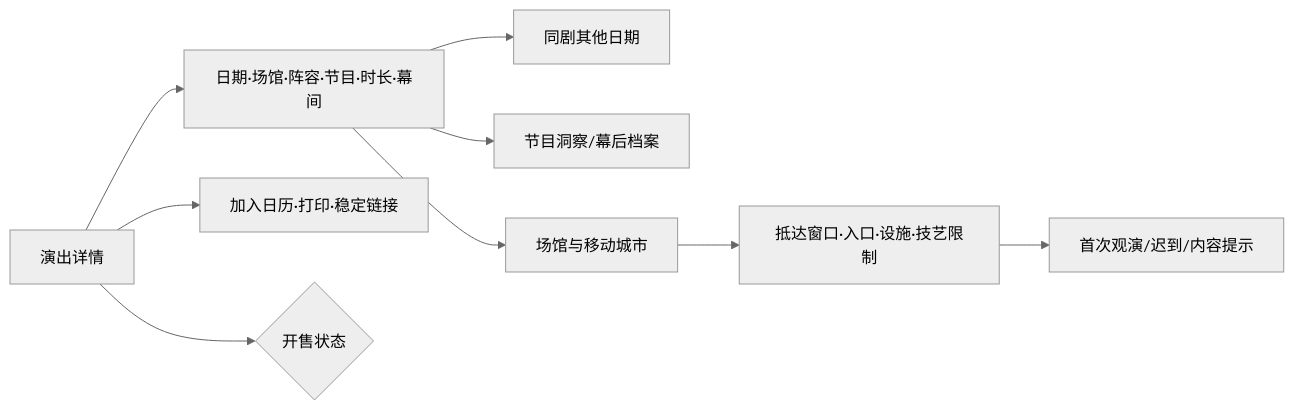
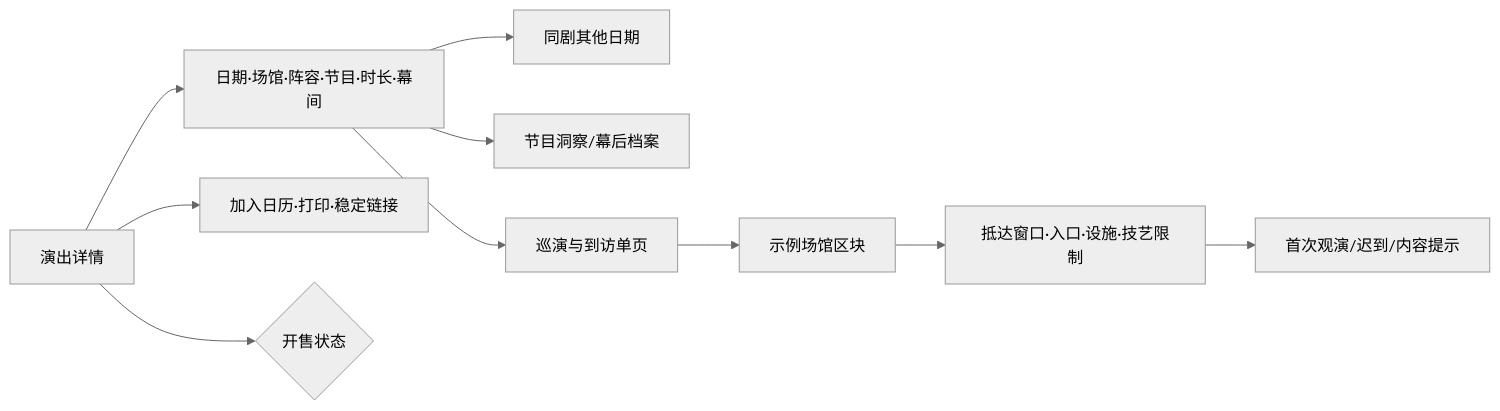
The diagram in docs/blueprint/03_journeys/maps/02_演出详情与到访.mmd (Selloryebir/crimson_troupe), drawn with Mermaid (neutral theme) before and after one commit. The commit also changed 19 other files, not shown here.

```diff
--- a/docs/blueprint/03_journeys/maps/02_演出详情与到访.mmd
+++ b/docs/blueprint/03_journeys/maps/02_演出详情与到访.mmd
@@ -1,9 +1,10 @@
 flowchart LR
   Detail[演出详情] --> Facts[日期·场馆·阵容·节目·时长·幕间]
   Facts --> Other[同剧其他日期]
   Facts --> Insights[节目洞察/幕后档案]
-  Facts --> Venue[场馆与移动城市]
+  Facts --> Visit[巡演与到访单页]
+  Visit --> Venue[示例场馆区块]
   Venue --> Arrival[抵达窗口·入口·设施·技艺限制]
   Arrival --> First[首次观演/迟到/内容提示]
   Detail --> Calendar[加入日历·打印·稳定链接]
   Detail --> CTA{开售状态}
```
